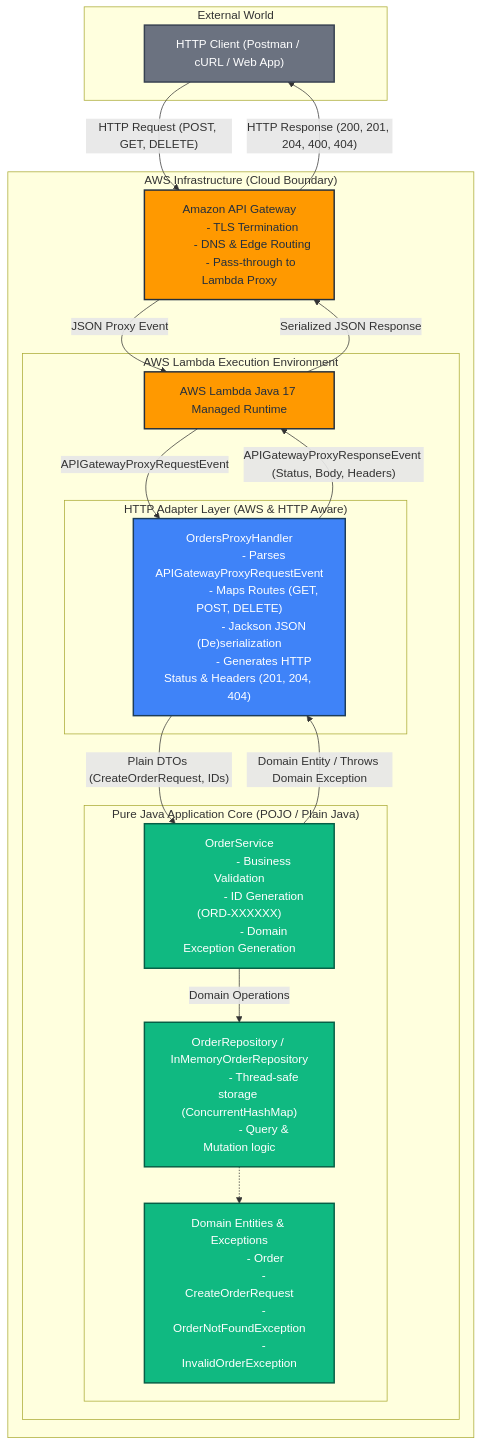
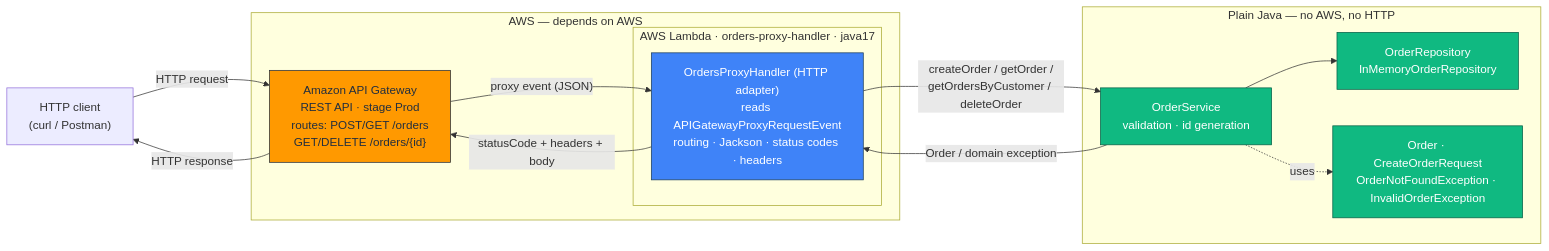
The first of 2 diagrams in README.md (SantiagoAGarcia/Designing-a-Serverless-REST-API-with-AWS-Lambda-and-API-Gateway), drawn with Mermaid before and after one commit. The commit also changed other lines of this file and 2 other files, not shown here.

Commit message:
docs: document real AWS evidence, ephemeral storage and architecture comparison

````diff
--- a/README.md
+++ b/README.md
@@ -114,63 +85,33 @@
 ```mermaid
-flowchart TD
-    subgraph External["External World"]
-        Client["HTTP Client (Postman / cURL / Web App)"]
-    end
+flowchart LR
+    Client["HTTP client<br/>(curl / Postman)"]
 
-    subgraph AWS_Cloud["AWS Infrastructure (Cloud Boundary)"]
-        APIGW["Amazon API Gateway
-        - TLS Termination
-        - DNS & Edge Routing
-        - Pass-through to Lambda Proxy"]
-        
-        subgraph LambdaEnv["AWS Lambda Execution Environment"]
-            LambdaRuntime["AWS Lambda Java 17 Managed Runtime"]
-            
-            subgraph AdapterLayer["HTTP Adapter Layer (AWS & HTTP Aware)"]
-                ProxyHandler["OrdersProxyHandler
-                - Parses APIGatewayProxyRequestEvent
-                - Maps Routes (GET, POST, DELETE)
-                - Jackson JSON (De)serialization
-                - Generates HTTP Status & Headers (201, 204, 404)"]
-            end
-            
-            subgraph CoreDomain["Pure Java Application Core (POJO / Plain Java)"]
-                Service["OrderService
-                - Business Validation
-                - ID Generation (ORD-XXXXXX)
-                - Domain Exception Generation"]
-                
-                Repo["OrderRepository / InMemoryOrderRepository
-                - Thread-safe storage (ConcurrentHashMap)
-                - Query & Mutation logic"]
-                
-                Entities["Domain Entities & Exceptions
-                - Order
-                - CreateOrderRequest
-                - OrderNotFoundException
-                - InvalidOrderException"]
-            end
+    subgraph AWS["AWS — depends on AWS"]
+        APIGW["Amazon API Gateway<br/>REST API · stage Prod<br/>routes: POST/GET /orders<br/>GET/DELETE /orders/{id}"]
+        subgraph Lambda["AWS Lambda · orders-proxy-handler · java17"]
+            Adapter["OrdersProxyHandler (HTTP adapter)<br/>reads APIGatewayProxyRequestEvent<br/>routing · Jackson · status codes · headers"]
         end
     end
 
-    Client -->|"HTTP Request (POST, GET, DELETE)"| APIGW
-    APIGW -->|"JSON Proxy Event"| LambdaRuntime
-    LambdaRuntime -->|"APIGatewayProxyRequestEvent"| ProxyHandler
-    ProxyHandler -->|"Plain DTOs (CreateOrderRequest, IDs)"| Service
-    Service -->|"Domain Operations"| Repo
-    Repo -.-> Entities
-    Service -->|"Domain Entity / Throws Domain Exception"| ProxyHandler
-    ProxyHandler -->|"APIGatewayProxyResponseEvent (Status, Body, Headers)"| LambdaRuntime
-    LambdaRuntime -->|"Serialized JSON Response"| APIGW
-    APIGW -->|"HTTP Response (200, 201, 204, 400, 404)"| Client
+    subgraph Core["Plain Java — no AWS, no HTTP"]
+        Service["OrderService<br/>validation · id generation"]
+        Repo["OrderRepository<br/>InMemoryOrderRepository"]
+        Domain["Order · CreateOrderRequest<br/>OrderNotFoundException · InvalidOrderException"]
+    end
 
-    classDef aws fill:#FF9900,stroke:#232F3E,stroke-width:2px,color:#232F3E;
-    classDef adapter fill:#3F83F8,stroke:#1C3D5A,stroke-width:2px,color:#ffffff;
-    classDef pureJava fill:#10B981,stroke:#065F46,stroke-width:2px,color:#ffffff;
-    classDef ext fill:#6B7280,stroke:#374151,stroke-width:2px,color:#ffffff;
+    Client -- "HTTP request" --> APIGW
+    APIGW -- "proxy event (JSON)" --> Adapter
+    Adapter -- "createOrder / getOrder /<br/>getOrdersByCustomer / deleteOrder" --> Service
+    Service --> Repo
+    Service -. uses .-> Domain
+    Service -- "Order / domain exception" --> Adapter
+    Adapter -- "statusCode + headers + body" --> APIGW
+    APIGW -- "HTTP response" --> Client
 
-    class APIGW,LambdaRuntime aws;
-    class ProxyHandler adapter;
-    class Service,Repo,Entities pureJava;
-    class Client ext;
+    classDef aws fill:#FF9900,stroke:#232F3E,color:#232F3E;
+    classDef adapter fill:#3F83F8,stroke:#1C3D5A,color:#ffffff;
+    classDef java fill:#10B981,stroke:#065F46,color:#ffffff;
+    class APIGW aws;
+    class Adapter adapter;
+    class Service,Repo,Domain java;
 ```
````
